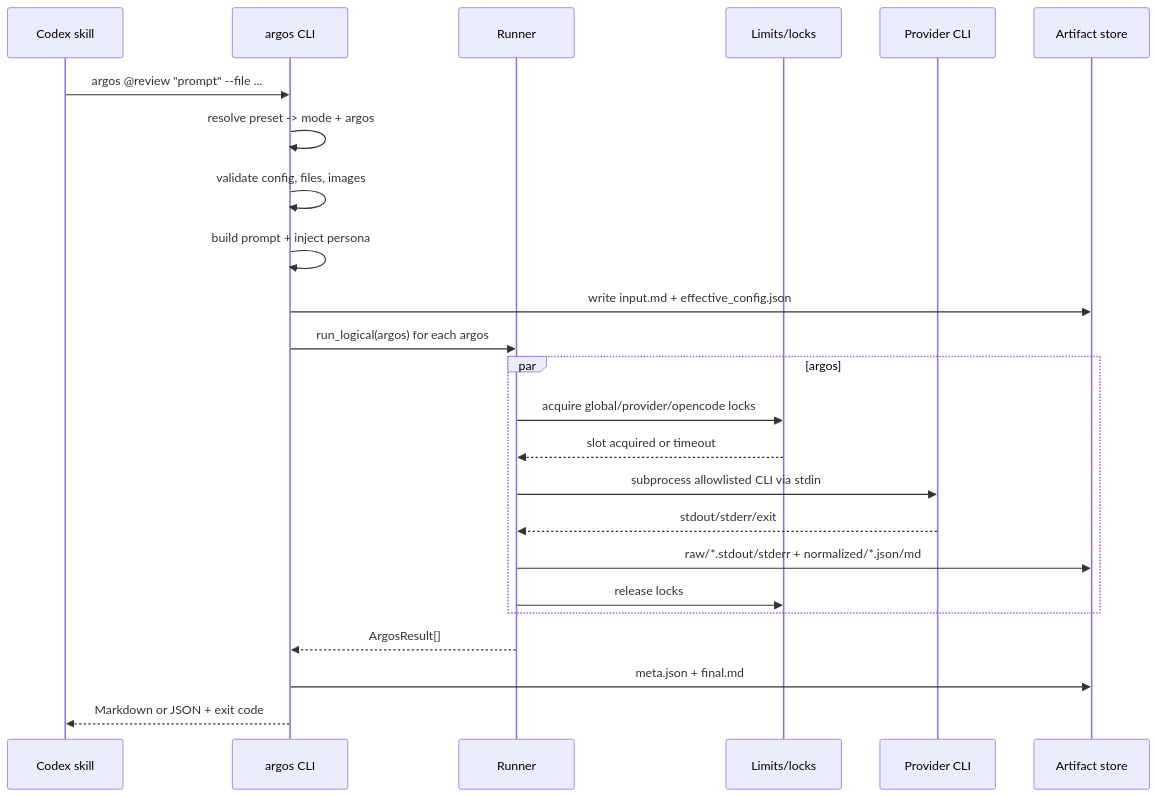
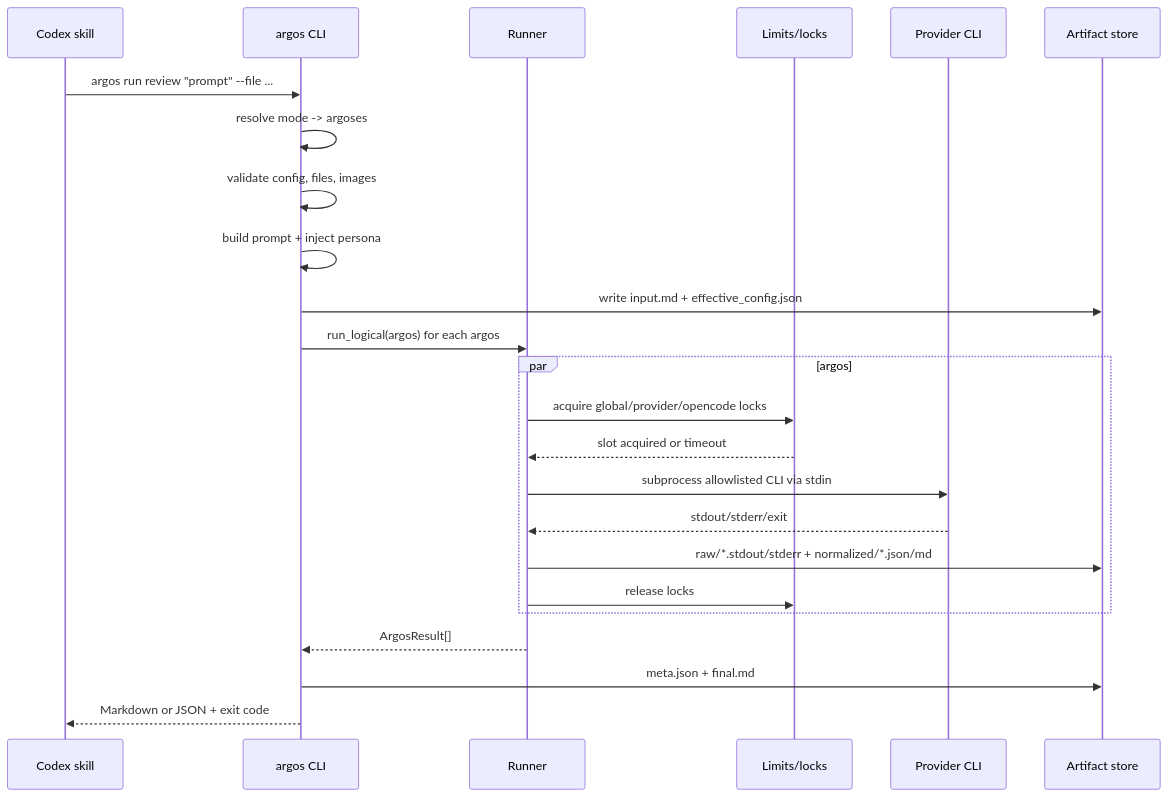
The second of 5 diagrams in argos-tools/ARCHITECTURE.md (anuiit/open-argos), drawn with Mermaid before and after one commit. The commit also changed other lines of this file and 30 other files, not shown here.

````diff
--- a/argos-tools/ARCHITECTURE.md
+++ b/argos-tools/ARCHITECTURE.md
@@ -51,27 +64,27 @@
 ```mermaid
 sequenceDiagram
   participant C as Codex skill
   participant A as argos CLI
   participant R as Runner
   participant L as Limits/locks
   participant P as Provider CLI
   participant FS as Artifact store
 
-  C->>A: argos @review "prompt" --file ...
-  A->>A: resolve preset -> mode + argos
+  C->>A: argos run review "prompt" --file ...
+  A->>A: resolve mode -> argoses
   A->>A: validate config, files, images
   A->>A: build prompt + inject persona
   A->>FS: write input.md + effective_config.json
   A->>R: run_logical(argos) for each argos
   par argos
     R->>L: acquire global/provider/opencode locks
     L-->>R: slot acquired or timeout
     R->>P: subprocess allowlisted CLI via stdin
     P-->>R: stdout/stderr/exit
     R->>FS: raw/*.stdout/stderr + normalized/*.json/md
     R->>L: release locks
   end
   R-->>A: ArgosResult[]
   A->>FS: meta.json + final.md
   A-->>C: Markdown or JSON + exit code
 ```
````
